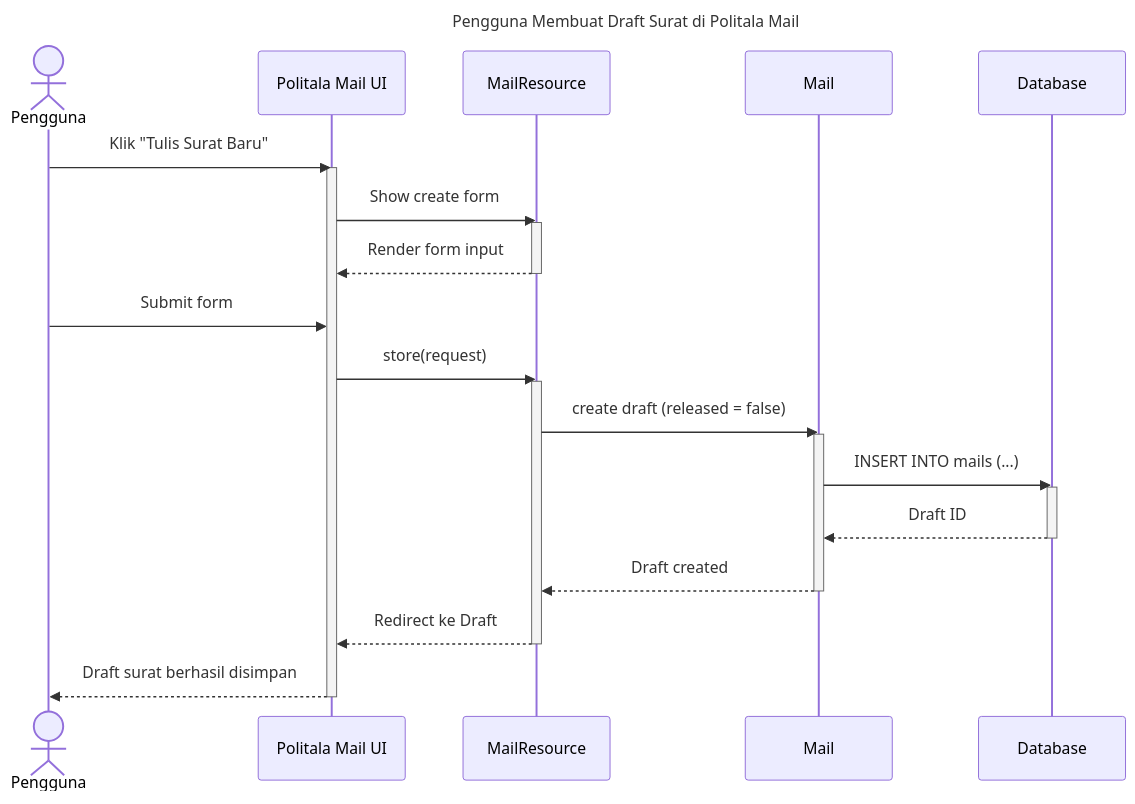
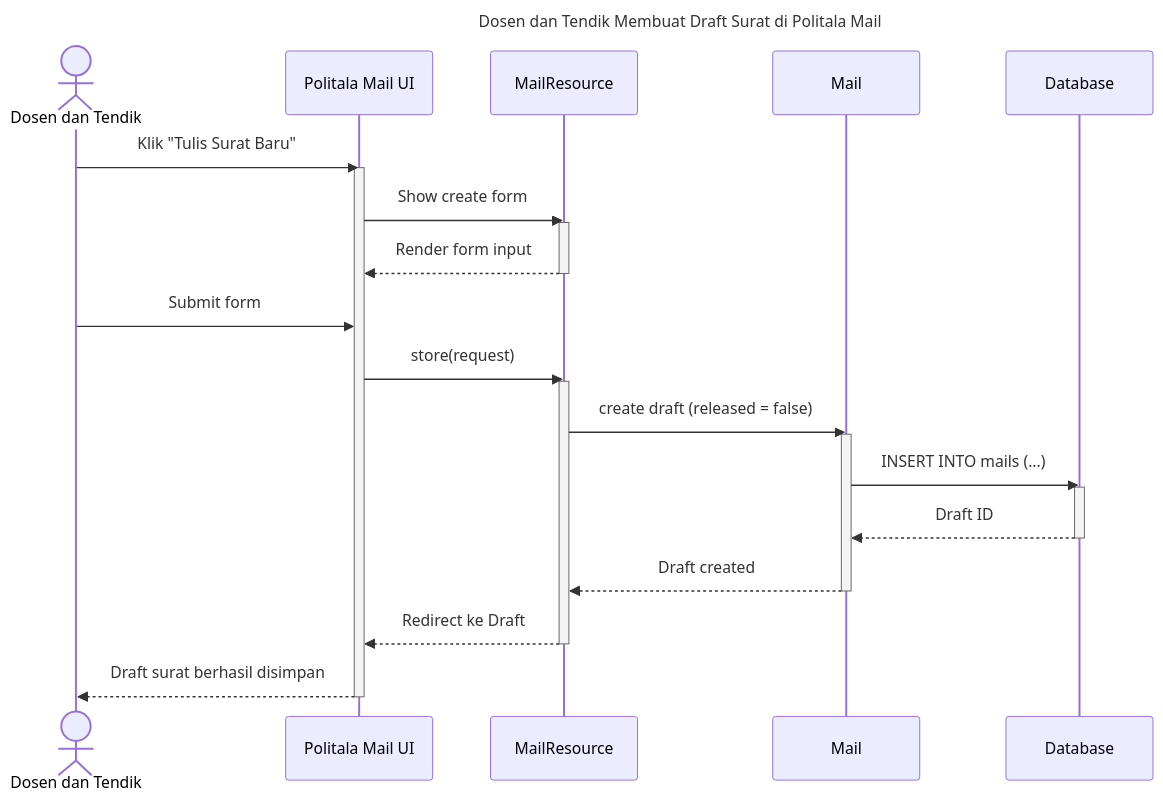
Before and after one commit to davidhadinugroho24601/UML-politala-mail: the diagram in Manage Sent Mails/create draft.md, drawn with Mermaid. The commit also changed 9 other files, not shown here.

````diff
--- a/Manage Sent Mails/create draft.md
+++ b/Manage Sent Mails/create draft.md
@@ -1,35 +1,35 @@
 ```mermaid
 
 sequenceDiagram
-    title Pengguna Membuat Draft Surat di Politala Mail
+    title Dosen dan Tendik Membuat Draft Surat di Politala Mail
 
-    actor Pengguna
+    actor Dosen dan Tendik
     participant FilamentUI as Politala Mail UI
     participant MailResource
     participant MailModel as Mail
     participant DB as Database
 
-    Pengguna ->> FilamentUI: Klik "Tulis Surat Baru"
+    Dosen dan Tendik ->> FilamentUI: Klik "Tulis Surat Baru"
     activate FilamentUI
     FilamentUI ->> MailResource: Show create form
     activate MailResource
     MailResource -->> FilamentUI: Render form input
     deactivate MailResource
-    Pengguna ->> FilamentUI: Submit form
+    Dosen dan Tendik ->> FilamentUI: Submit form
     FilamentUI ->> MailResource: store(request)
     activate MailResource
     MailResource ->> MailModel: create draft (released = false)
     activate MailModel
     MailModel ->> DB: INSERT INTO mails (...)
     activate DB
     DB -->> MailModel: Draft ID
     deactivate DB
     MailModel -->> MailResource: Draft created
     deactivate MailModel
     MailResource -->> FilamentUI: Redirect ke Draft
     deactivate MailResource
-    FilamentUI -->> Pengguna: Draft surat berhasil disimpan
+    FilamentUI -->> Dosen dan Tendik: Draft surat berhasil disimpan
     deactivate FilamentUI
 
 
 ```
````
